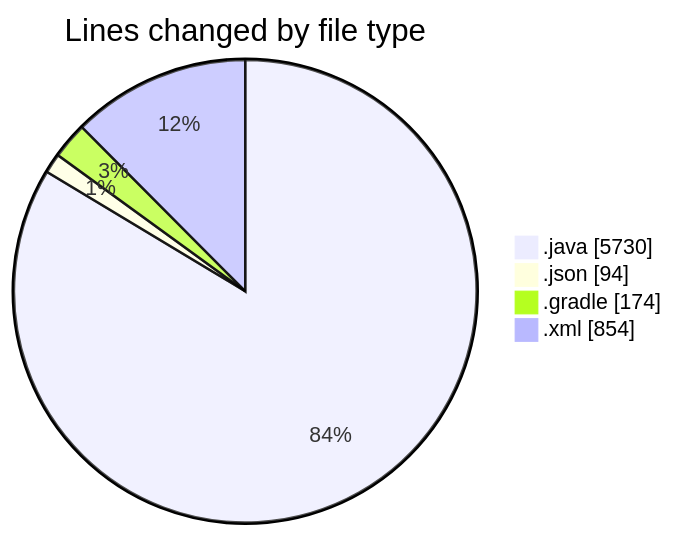
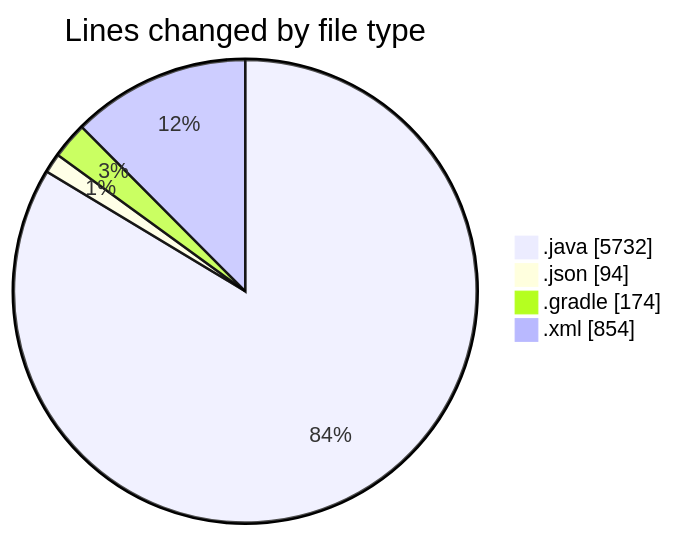
One commit to charlie-sans/code-tracking changed the first of 2 diagrams in 2025-02-22/micros/README.md. Above: the diagram before and after it, drawn with Mermaid. The commit also changed other lines of this file and 1 other file, not shown here.

````diff
--- a/2025-02-22/micros/README.md
+++ b/2025-02-22/micros/README.md
@@ -62,8 +62,8 @@
 ```mermaid
 pie showData
 title Lines changed by file type
-".java" : 5730
+".java" : 5732
 ".json" : 94
 ".gradle" : 174
 ".xml" : 854
 ```
````
